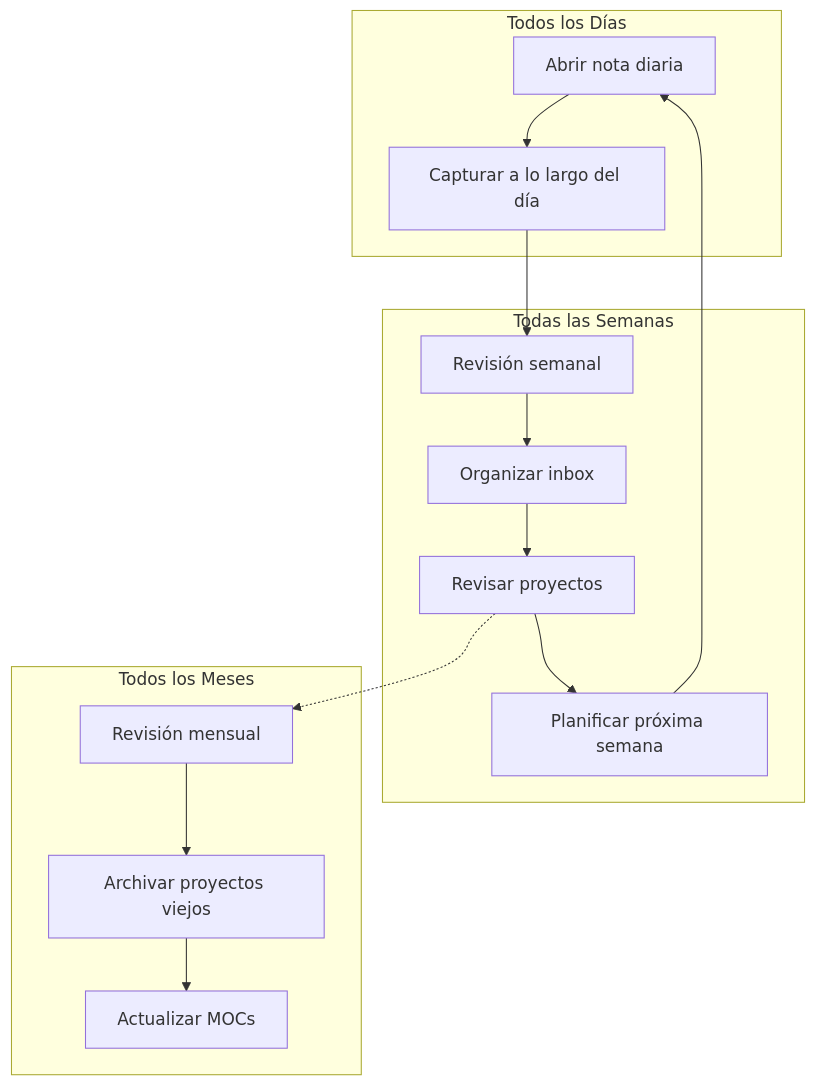
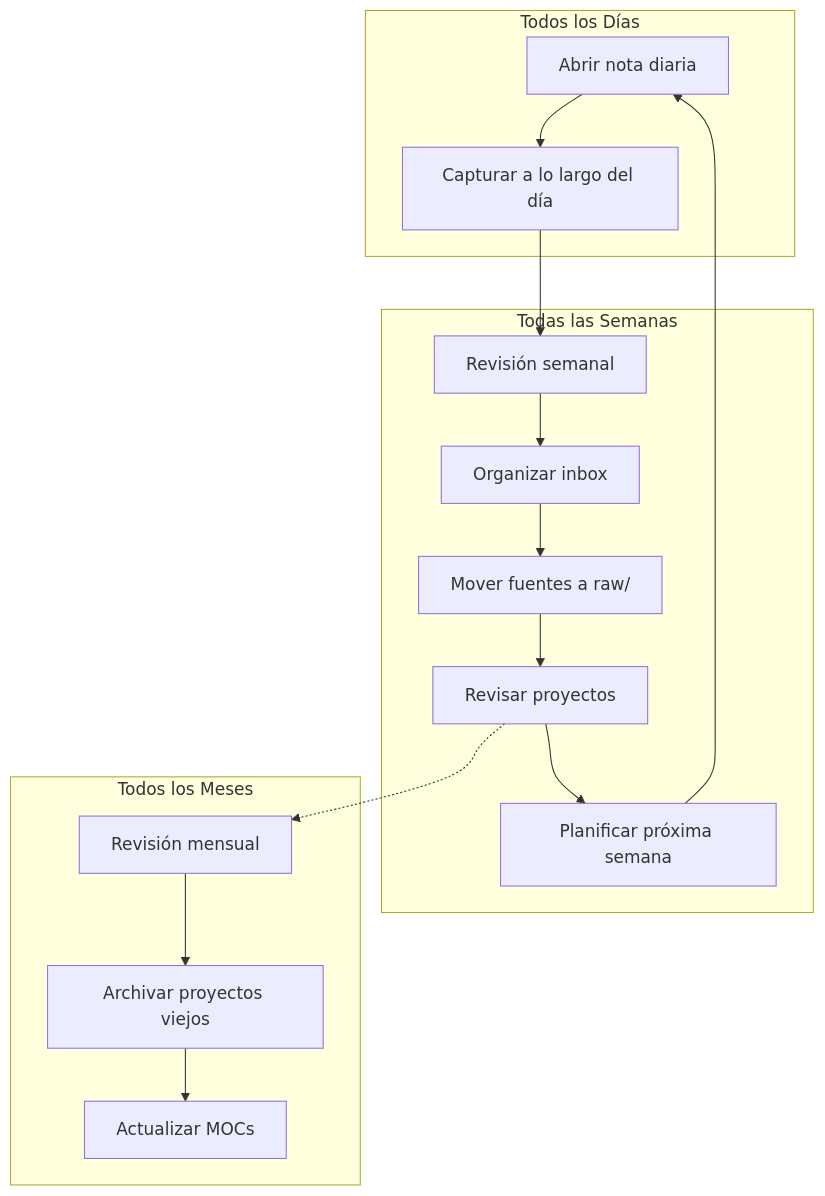
The third of 3 diagrams in second-brain/guides/es/06-workflow.md (VanessaPellegrini/second-brain-ecosystem), drawn with Mermaid before and after one commit. The commit also changed other lines of this file and 17 other files, not shown here.

````diff
--- a/second-brain/guides/es/06-workflow.md
+++ b/second-brain/guides/es/06-workflow.md
@@ -125,24 +128,25 @@
 ```mermaid
 flowchart TD
     subgraph Daily[Todos los Días]
         DN[Abrir nota diaria]
         CAP[Capturar a lo largo del día]
     end
     subgraph Weekly[Todas las Semanas]
         WR[Revisión semanal]
         ORG[Organizar inbox]
+        RAW[Mover fuentes a raw/]
         REV[Revisar proyectos]
         PLAN[Planificar próxima semana]
     end
     subgraph Monthly[Todos los Meses]
         MR[Revisión mensual]
         ARCH[Archivar proyectos viejos]
         MOC[Actualizar MOCs]
     end
     DN --> CAP
     CAP --> WR
-    WR --> ORG --> REV --> PLAN
+    WR --> ORG --> RAW --> REV --> PLAN
     PLAN --> DN
     REV -.-> MR
     MR --> ARCH --> MOC
 ```
````
